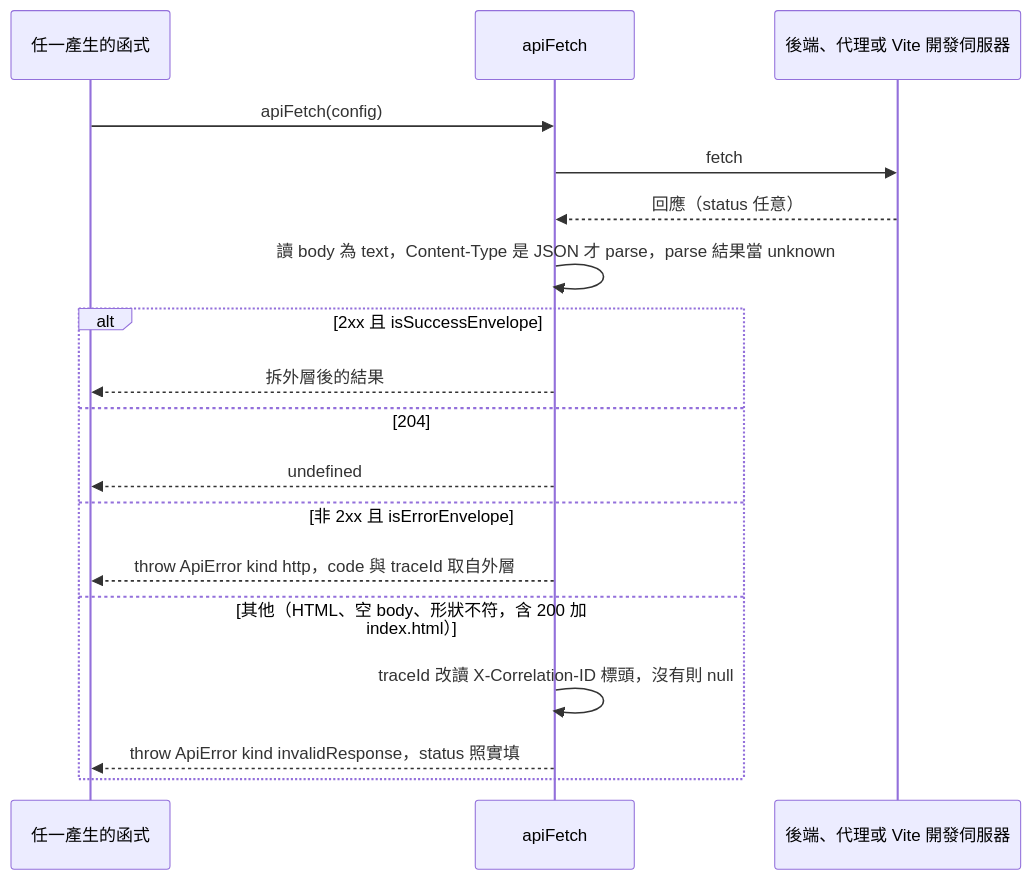
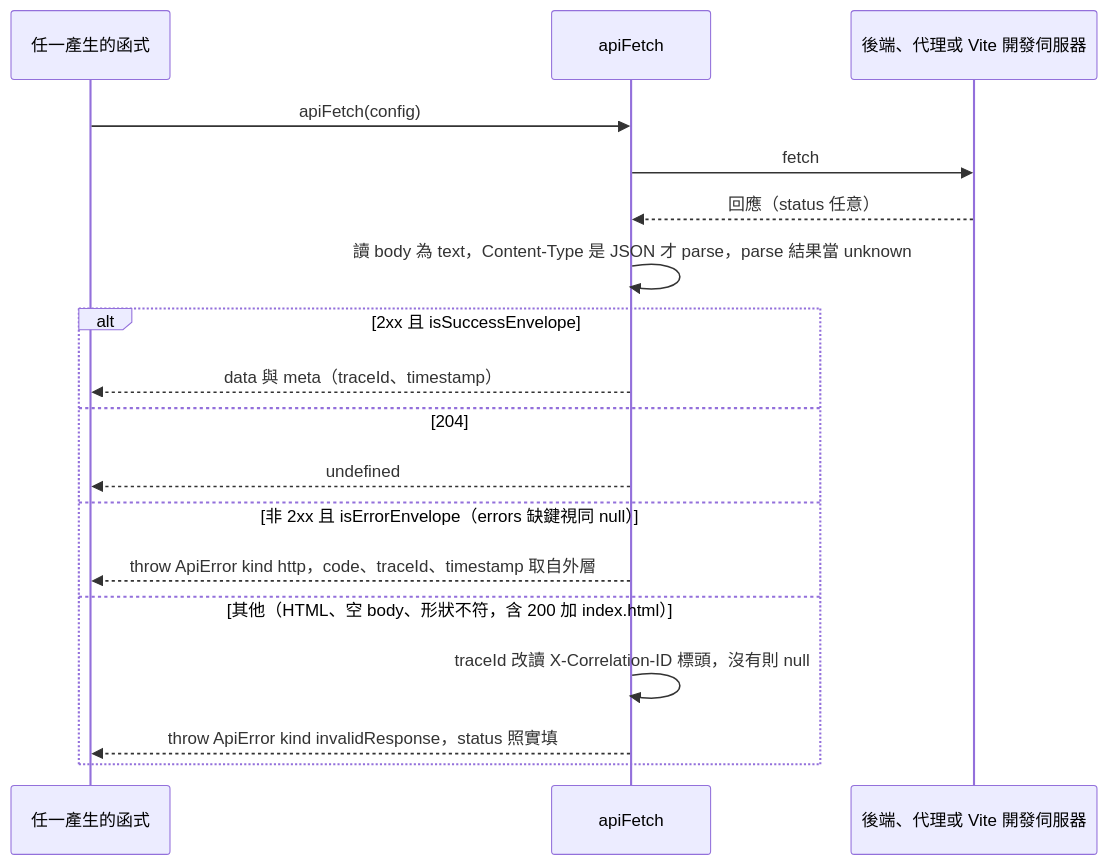
The eighth of 14 diagrams in openspec/changes/frontend-skeleton/system-design.md (label-suite/label-suite), drawn with Mermaid before and after one commit. The commit also changed other lines of this file and 4 other files, not shown here.

````diff
--- a/openspec/changes/frontend-skeleton/system-design.md
+++ b/openspec/changes/frontend-skeleton/system-design.md
@@ -616,20 +671,20 @@
 ```mermaid
 sequenceDiagram
   participant Caller as 任一產生的函式
   participant Mut as apiFetch
   participant Net as 後端、代理或 Vite 開發伺服器
   Caller->>Mut: apiFetch(config)
   Mut->>Net: fetch
   Net-->>Mut: 回應（status 任意）
   Mut->>Mut: 讀 body 為 text，Content-Type 是 JSON 才 parse，parse 結果當 unknown
   alt 2xx 且 isSuccessEnvelope
-    Mut-->>Caller: 拆外層後的結果
+    Mut-->>Caller: data 與 meta（traceId、timestamp）
   else 204
     Mut-->>Caller: undefined
-  else 非 2xx 且 isErrorEnvelope
-    Mut-->>Caller: throw ApiError kind http，code 與 traceId 取自外層
+  else 非 2xx 且 isErrorEnvelope（errors 缺鍵視同 null）
+    Mut-->>Caller: throw ApiError kind http，code、traceId、timestamp 取自外層
   else 其他（HTML、空 body、形狀不符，含 200 加 index.html）
     Mut->>Mut: traceId 改讀 X-Correlation-ID 標頭，沒有則 null
     Mut-->>Caller: throw ApiError kind invalidResponse，status 照實填
   end
 ```
````
